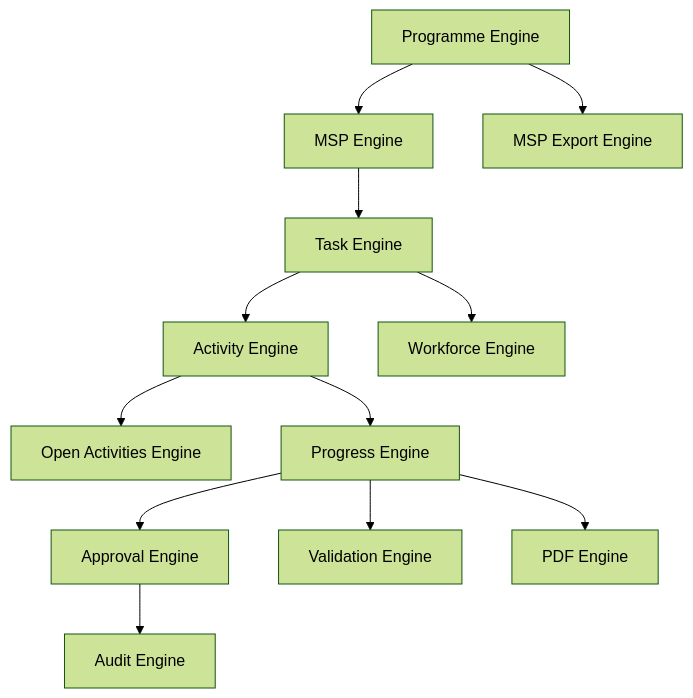
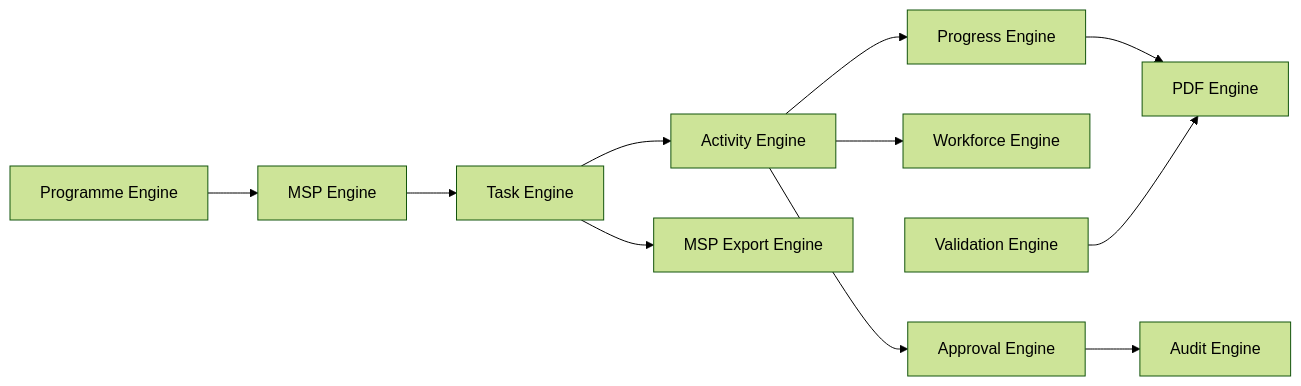
One commit to jenggon/jkr-site-diary changed the diagram in docs/11_Architecture_Diagrams/AD-010-Engine-Relationship.md. Above: the diagram before and after it, drawn with Mermaid (forest theme). The commit also changed other lines of this file and 12 other files, not shown here.

Commit message:
refactor(architecture): align activity lifecycle and simplify domain model

````diff
--- a/docs/11_Architecture_Diagrams/AD-010-Engine-Relationship.md
+++ b/docs/11_Architecture_Diagrams/AD-010-Engine-Relationship.md
@@ -11,49 +3,45 @@
 ```mermaid
-flowchart TB
+flowchart LR
 
 Programme[Programme Engine]
 
 MSP[MSP Engine]
 
 Task[Task Engine]
 
 Activity[Activity Engine]
 
-Open[Open Activities Engine]
-
 Progress[Progress Engine]
 
 Workforce[Workforce Engine]
 
 Approval[Approval Engine]
 
 Audit[Audit Engine]
 
+PDF[PDF Engine]
+
 Validation[Validation Engine]
-
-PDF[PDF Engine]
 
 Export[MSP Export Engine]
 
 Programme --> MSP
 
 MSP --> Task
 
 Task --> Activity
 
-Activity --> Open
-
 Activity --> Progress
 
-Task --> Workforce
+Activity --> Workforce
 
-Progress --> Approval
+Activity --> Approval
 
 Approval --> Audit
 
-Progress --> Validation
-
 Progress --> PDF
 
-Programme --> Export
+Task --> Export
+
+Validation --> PDF
 ```
````
